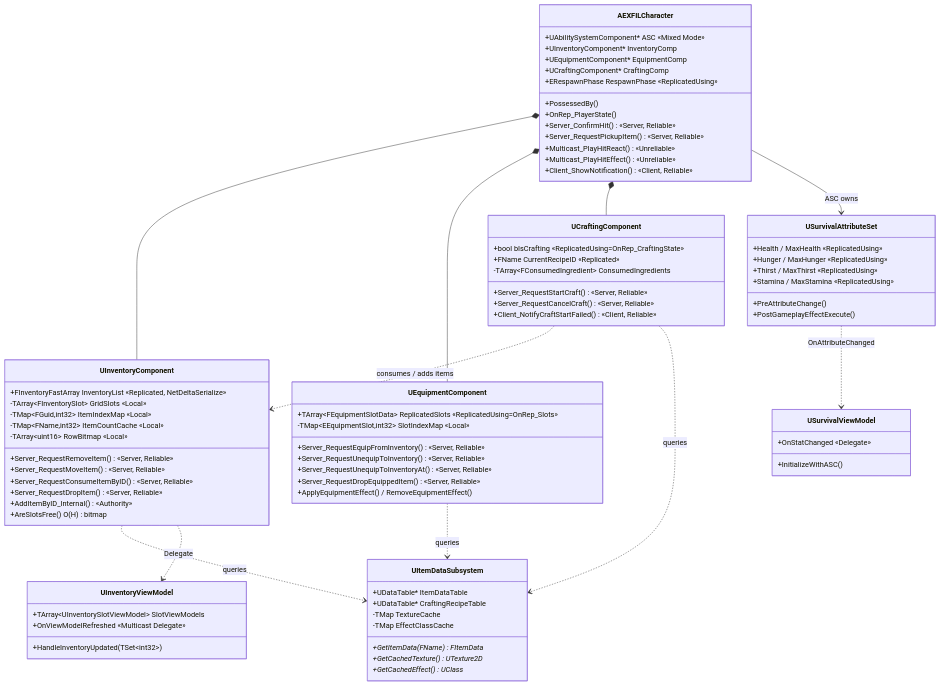
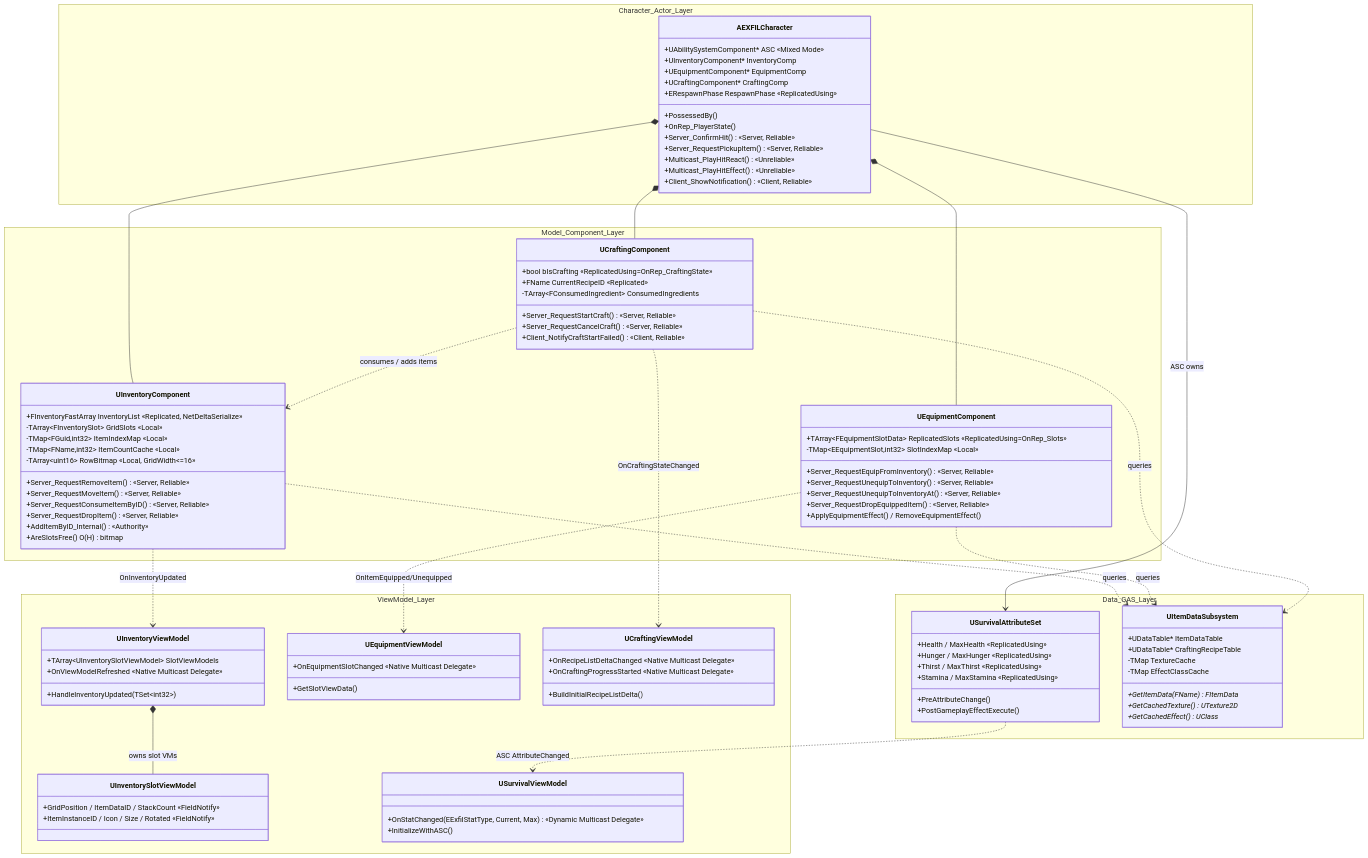
One commit to agnesAqr/project_EXFIL changed the first of 3 diagrams in README.md. Above: the diagram before and after it, drawn with Mermaid. The commit also changed other lines of this file and 7 other files, not shown here.

First line of the commit message:
docs(portfolio): update README and architecture diagrams

````diff
--- a/README.md
+++ b/README.md
@@ -144,82 +154,106 @@
 classDiagram
     direction TB
 
-    class AEXFILCharacter {
-        +UAbilitySystemComponent* ASC «Mixed Mode»
-        +UInventoryComponent* InventoryComp
-        +UEquipmentComponent* EquipmentComp
-        +UCraftingComponent* CraftingComp
-        +ERespawnPhase RespawnPhase «ReplicatedUsing»
-        +PossessedBy()
-        +OnRep_PlayerState()
-        +Server_ConfirmHit() «Server, Reliable»
-        +Server_RequestPickupItem() «Server, Reliable»
-        +Multicast_PlayHitReact() «Unreliable»
-        +Multicast_PlayHitEffect() «Unreliable»
-        +Client_ShowNotification() «Client, Reliable»
+    namespace Character_Actor_Layer {
+        class AEXFILCharacter {
+            +UAbilitySystemComponent* ASC «Mixed Mode»
+            +UInventoryComponent* InventoryComp
+            +UEquipmentComponent* EquipmentComp
+            +UCraftingComponent* CraftingComp
+            +ERespawnPhase RespawnPhase «ReplicatedUsing»
+            +PossessedBy()
+            +OnRep_PlayerState()
+            +Server_ConfirmHit() «Server, Reliable»
+            +Server_RequestPickupItem() «Server, Reliable»
+            +Multicast_PlayHitReact() «Unreliable»
+            +Multicast_PlayHitEffect() «Unreliable»
+            +Client_ShowNotification() «Client, Reliable»
+        }
     }
 
-    class UInventoryComponent {
-        +FInventoryFastArray InventoryList «Replicated, NetDeltaSerialize»
-        -TArray~FInventorySlot~ GridSlots «Local»
-        -TMap~FGuid,int32~ ItemIndexMap «Local»
-        -TMap~FName,int32~ ItemCountCache «Local»
-        -TArray~uint16~ RowBitmap «Local»
-        +Server_RequestRemoveItem() «Server, Reliable»
-        +Server_RequestMoveItem() «Server, Reliable»
-        +Server_RequestConsumeItemByID() «Server, Reliable»
-        +Server_RequestDropItem() «Server, Reliable»
-        +AddItemByID_Internal()  «Authority»
-        +AreSlotsFree() O(H) bitmap
+    namespace Model_Component_Layer {
+        class UInventoryComponent {
+            +FInventoryFastArray InventoryList «Replicated, NetDeltaSerialize»
+            -TArray~FInventorySlot~ GridSlots «Local»
+            -TMap~FGuid,int32~ ItemIndexMap «Local»
+            -TMap~FName,int32~ ItemCountCache «Local»
+            -TArray~uint16~ RowBitmap «Local, GridWidth<=16»
+            +Server_RequestRemoveItem() «Server, Reliable»
+            +Server_RequestMoveItem() «Server, Reliable»
+            +Server_RequestConsumeItemByID() «Server, Reliable»
+            +Server_RequestDropItem() «Server, Reliable»
+            +AddItemByID_Internal()  «Authority»
+            +AreSlotsFree() O(H) bitmap
+        }
+
+        class UEquipmentComponent {
+            +TArray~FEquipmentSlotData~ ReplicatedSlots «ReplicatedUsing=OnRep_Slots»
+            -TMap~EEquipmentSlot,int32~ SlotIndexMap «Local»
+            +Server_RequestEquipFromInventory() «Server, Reliable»
+            +Server_RequestUnequipToInventory() «Server, Reliable»
+            +Server_RequestUnequipToInventoryAt() «Server, Reliable»
+            +Server_RequestDropEquippedItem() «Server, Reliable»
+            +ApplyEquipmentEffect() / RemoveEquipmentEffect()
+        }
+
+        class UCraftingComponent {
+            +bool bIsCrafting «ReplicatedUsing=OnRep_CraftingState»
+            +FName CurrentRecipeID «Replicated»
+            -TArray~FConsumedIngredient~ ConsumedIngredients
+            +Server_RequestStartCraft() «Server, Reliable»
+            +Server_RequestCancelCraft() «Server, Reliable»
+            +Client_NotifyCraftStartFailed() «Client, Reliable»
+        }
     }
 
-    class UEquipmentComponent {
-        +TArray~FEquipmentSlotData~ ReplicatedSlots «ReplicatedUsing=OnRep_Slots»
-        -TMap~EEquipmentSlot,int32~ SlotIndexMap «Local»
-        +Server_RequestEquipFromInventory() «Server, Reliable»
-        +Server_RequestUnequipToInventory() «Server, Reliable»
-        +Server_RequestUnequipToInventoryAt() «Server, Reliable»
-        +Server_RequestDropEquippedItem() «Server, Reliable»
-        +ApplyEquipmentEffect() / RemoveEquipmentEffect()
+    namespace ViewModel_Layer {
+        class UInventoryViewModel {
+            +TArray~UInventorySlotViewModel~ SlotViewModels
+            +HandleInventoryUpdated(TSet~int32~)
+            +OnViewModelRefreshed «Native Multicast Delegate»
+        }
+
+        class UInventorySlotViewModel {
+            +GridPosition / ItemDataID / StackCount «FieldNotify»
+            +ItemInstanceID / Icon / Size / Rotated «FieldNotify»
+        }
+
+        class UEquipmentViewModel {
+            +GetSlotViewData()
+            +OnEquipmentSlotChanged «Native Multicast Delegate»
+        }
+
+        class UCraftingViewModel {
+            +BuildInitialRecipeListDelta()
+            +OnRecipeListDeltaChanged «Native Multicast Delegate»
+            +OnCraftingProgressStarted «Native Multicast Delegate»
+        }
+
+        class USurvivalViewModel {
+            +OnStatChanged(EExfilStatType, Current, Max) «Dynamic Multicast Delegate»
+            +InitializeWithASC()
+        }
     }
 
-    class UCraftingComponent {
-        +bool bIsCrafting «ReplicatedUsing=OnRep_CraftingState»
-        +FName CurrentRecipeID «Replicated»
-        -TArray~FConsumedIngredient~ ConsumedIngredients
-        +Server_RequestStartCraft() «Server, Reliable»
-        +Server_RequestCancelCraft() «Server, Reliable»
-        +Client_NotifyCraftStartFailed() «Client, Reliable»
-    }
+    namespace Data_GAS_Layer {
+        class USurvivalAttributeSet {
+            +Health / MaxHealth «ReplicatedUsing»
+            +Hunger / MaxHunger «ReplicatedUsing»
+            +Thirst / MaxThirst «ReplicatedUsing»
+            +Stamina / MaxStamina «ReplicatedUsing»
+            +PreAttributeChange()
+            +PostGameplayEffectExecute()
+        }
 
-    class USurvivalAttributeSet {
-        +Health / MaxHealth «ReplicatedUsing»
-        +Hunger / MaxHunger «ReplicatedUsing»
-        +Thirst / MaxThirst «ReplicatedUsing»
-        +Stamina / MaxStamina «ReplicatedUsing»
-        +PreAttributeChange()
-        +PostGameplayEffectExecute()
-    }
-
-    class UItemDataSubsystem {
-        +UDataTable* ItemDataTable
-        +UDataTable* CraftingRecipeTable
-        -TMap TextureCache
-        -TMap EffectClassCache
-        +GetItemData(FName) FItemData*
-        +GetCachedTexture() UTexture2D*
-        +GetCachedEffect() UClass*
-    }
-
-    class UInventoryViewModel {
-        +TArray~UInventorySlotViewModel~ SlotViewModels
-        +HandleInventoryUpdated(TSet~int32~)
-        +OnViewModelRefreshed «Multicast Delegate»
-    }
-
-    class USurvivalViewModel {
-        +OnStatChanged «Delegate»
-        +InitializeWithASC()
+        class UItemDataSubsystem {
+            +UDataTable* ItemDataTable
+            +UDataTable* CraftingRecipeTable
+            -TMap TextureCache
+            -TMap EffectClassCache
+            +GetItemData(FName) FItemData*
+            +GetCachedTexture() UTexture2D*
+            +GetCachedEffect() UClass*
+        }
     }
 
     AEXFILCharacter *-- UInventoryComponent
@@ -232,6 +266,9 @@
     UCraftingComponent ..> UInventoryComponent : consumes / adds items
     UCraftingComponent ..> UItemDataSubsystem : queries
 
-    UInventoryComponent ..> UInventoryViewModel : Delegate
-    USurvivalAttributeSet ..> USurvivalViewModel : OnAttributeChanged
+    UInventoryComponent ..> UInventoryViewModel : OnInventoryUpdated
+    UEquipmentComponent ..> UEquipmentViewModel : OnItemEquipped/Unequipped
+    UCraftingComponent ..> UCraftingViewModel : OnCraftingStateChanged
+    USurvivalAttributeSet ..> USurvivalViewModel : ASC AttributeChanged
+    UInventoryViewModel *-- UInventorySlotViewModel : owns slot VMs
 ```
````
